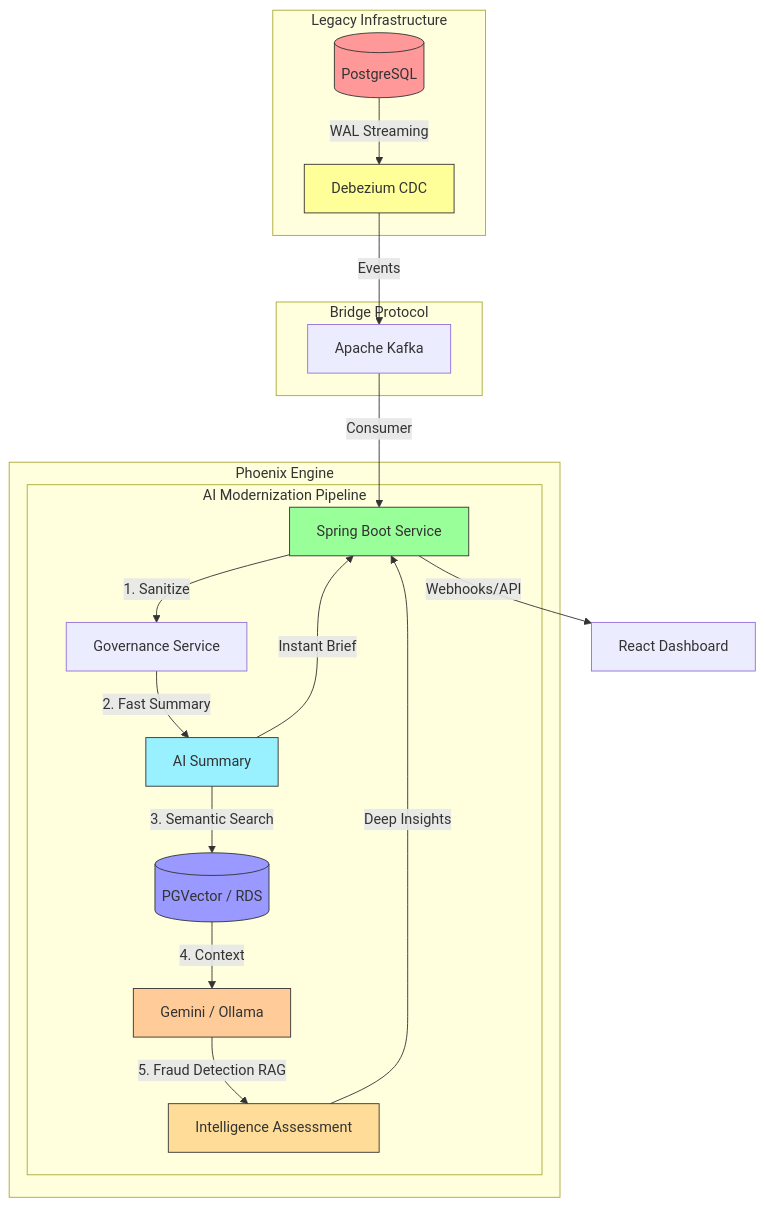
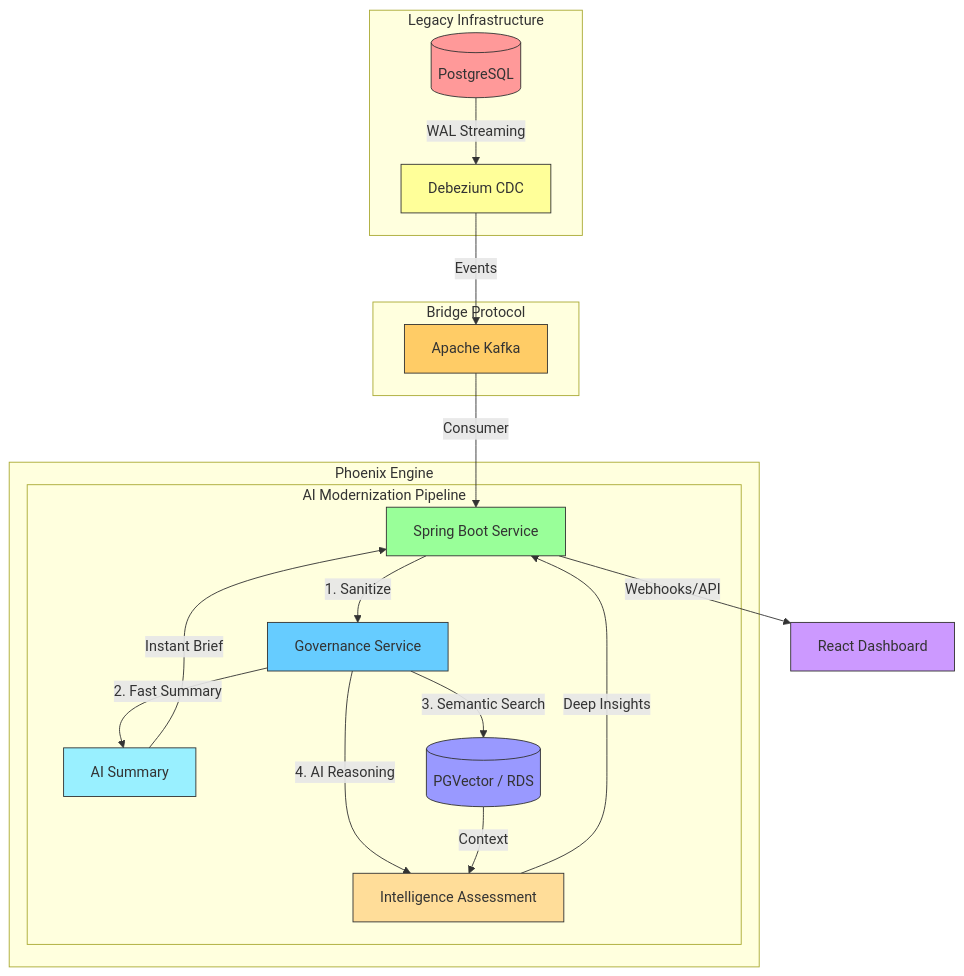
The diagram in README.md (primusa/phoenix), drawn with Mermaid before and after one commit. The commit also changed other lines of this file, not shown here.

Commit message:
readme update

````diff
--- a/README.md
+++ b/README.md
@@ -43,34 +43,36 @@
 ```mermaid
 graph TD
     subgraph "Legacy Infrastructure"
         LDB[(PostgreSQL)] -->|WAL Streaming| DBZ[Debezium CDC]
     end
 
     subgraph "Bridge Protocol"
         DBZ -->|Events| K[Apache Kafka]
     end
 
     subgraph "Phoenix Engine"
         K -->|Consumer| SB[Spring Boot Service]
         
         subgraph "AI Modernization Pipeline"
             SB -->|1. Sanitize| GS[Governance Service]
             GS -->|2. Fast Summary| SUM[AI Summary]
-            SUM -->|3. Semantic Search| VDB[(PGVector / RDS)]
-            VDB -->|4. Context| LLM[Gemini / Ollama]
-            LLM -->|5. Fraud Detection RAG| IA[Intelligence Assessment]
+            GS -->|3. Semantic Search| VDB[(PGVector / RDS)]
+            GS -->|4. AI Reasoning| IA[Intelligence Assessment]
+            VDB -->|Context| IA
         end
     end
 
     IA -->|Deep Insights| SB
     SUM -->|Instant Brief| SB
     SB -->|Webhooks/API| UI[React Dashboard]
     
     style LDB fill:#ff9999,stroke:#333
     style DBZ fill:#ffff99,stroke:#333
     style SB fill:#99ff99,stroke:#333
     style VDB fill:#9999ff,stroke:#333
-    style LLM fill:#ffcc99,stroke:#333
     style SUM fill:#99f0ff,stroke:#333
     style IA fill:#ffdd99,stroke:#333
+    style K fill:#ffcc66,stroke:#333
+    style GS fill:#66ccff,stroke:#333
+    style UI fill:#cc99ff,stroke:#333
 ```
````
